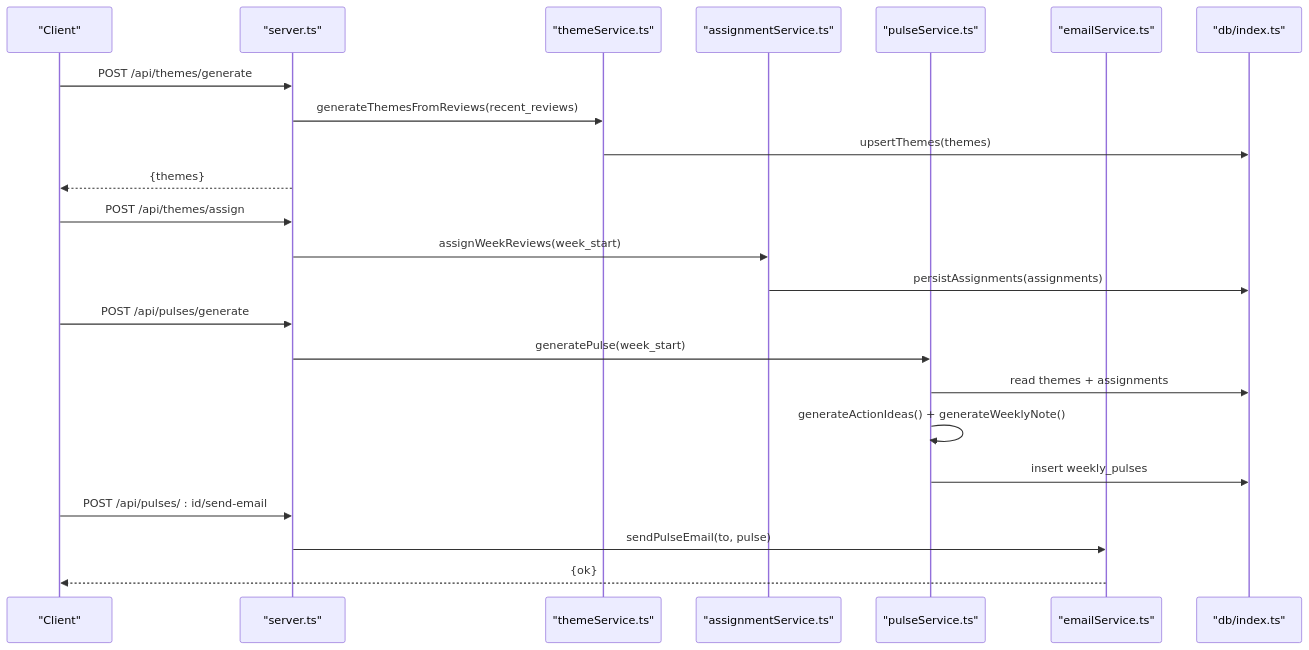
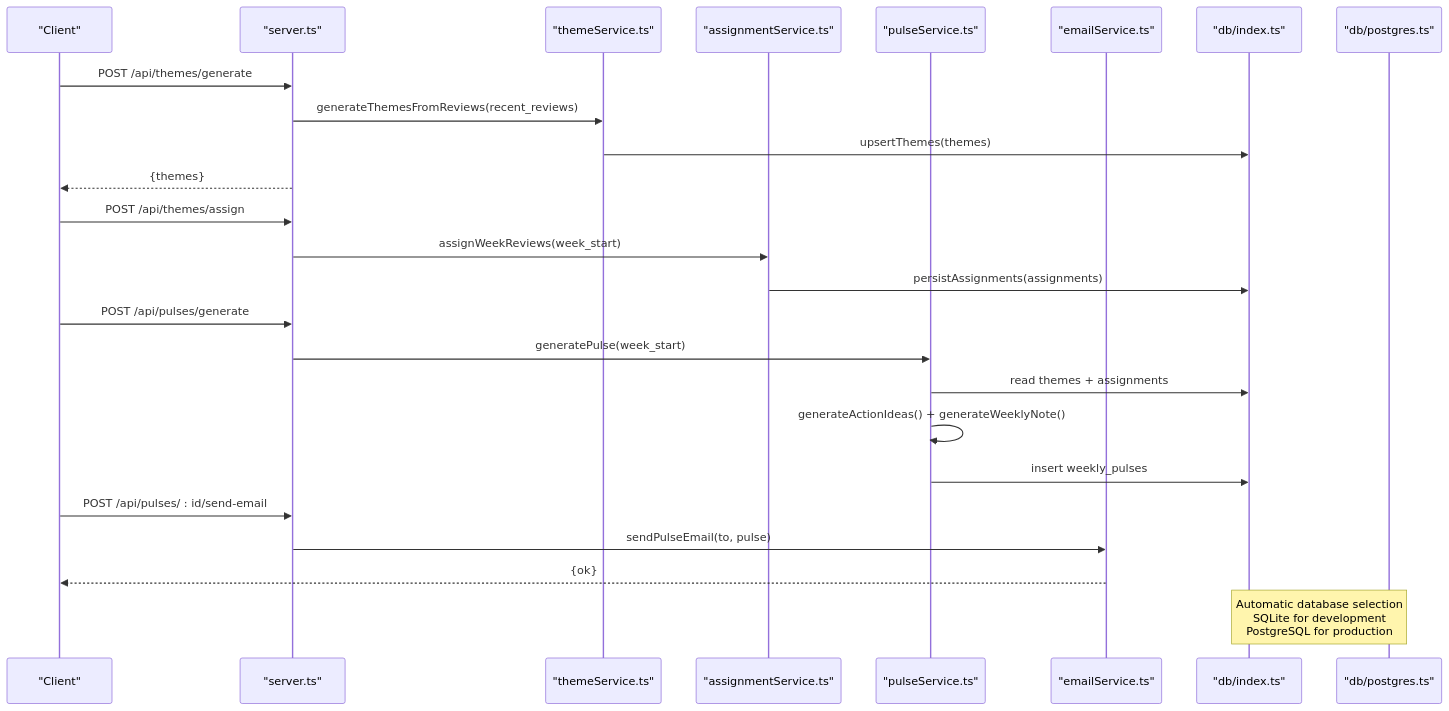
The second of 13 diagrams in .qoder/repowiki/en/content/Phase 2_ Advanced Analytics & Automation/Phase 2_ Advanced Analytics & Automation.md (aravinthraj-ramalingam/Groww-App-Review-Insights-Analyzer-), drawn with Mermaid before and after one commit. The commit also changed other lines of this file and 5 other files, not shown here.

Commit message:
Add PostgreSQL support to stats endpoint

````diff
--- a/.qoder/repowiki/en/content/Phase 2_ Advanced Analytics & Automation/Phase 2_ Advanced Analytics & Automation.md
+++ b/.qoder/repowiki/en/content/Phase 2_ Advanced Analytics & Automation/Phase 2_ Advanced Analytics & Automation.md
@@ -151,25 +180,27 @@
 ```mermaid
 sequenceDiagram
 participant Client as "Client"
 participant API as "server.ts"
 participant Theme as "themeService.ts"
 participant Assign as "assignmentService.ts"
 participant Pulse as "pulseService.ts"
 participant Email as "emailService.ts"
 participant DB as "db/index.ts"
+participant PG as "db/postgres.ts"
 Client->>API : POST /api/themes/generate
 API->>Theme : generateThemesFromReviews(recent_reviews)
 Theme->>DB : upsertThemes(themes)
 API-->>Client : {themes}
 Client->>API : POST /api/themes/assign
 API->>Assign : assignWeekReviews(week_start)
 Assign->>DB : persistAssignments(assignments)
 Client->>API : POST /api/pulses/generate
 API->>Pulse : generatePulse(week_start)
 Pulse->>DB : read themes + assignments
 Pulse->>Pulse : generateActionIdeas() + generateWeeklyNote()
 Pulse->>DB : insert weekly_pulses
 Client->>API : POST /api/pulses/ : id/send-email
 API->>Email : sendPulseEmail(to, pulse)
 Email-->>Client : {ok}
+Note over DB,PG : Automatic database selection<br/>SQLite for development<br/>PostgreSQL for production
 ```
````
